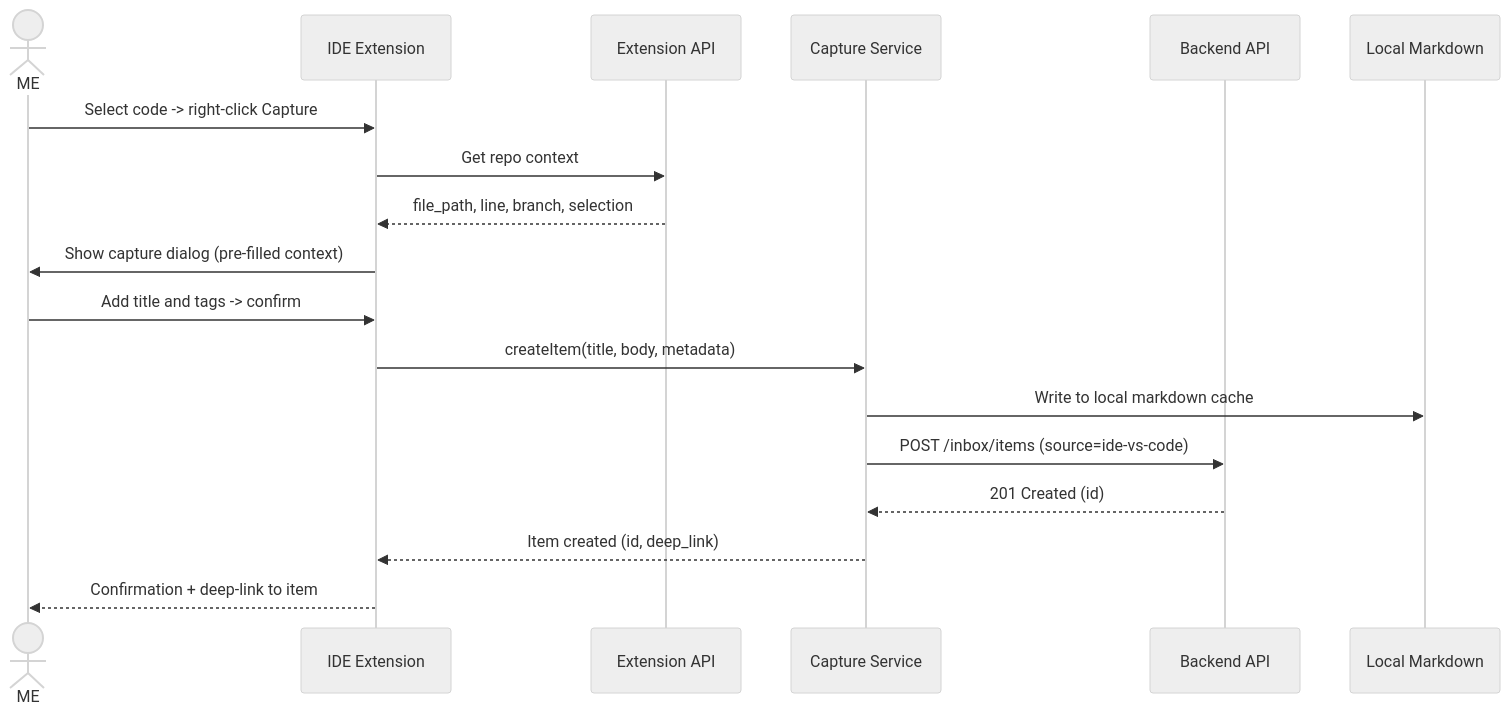
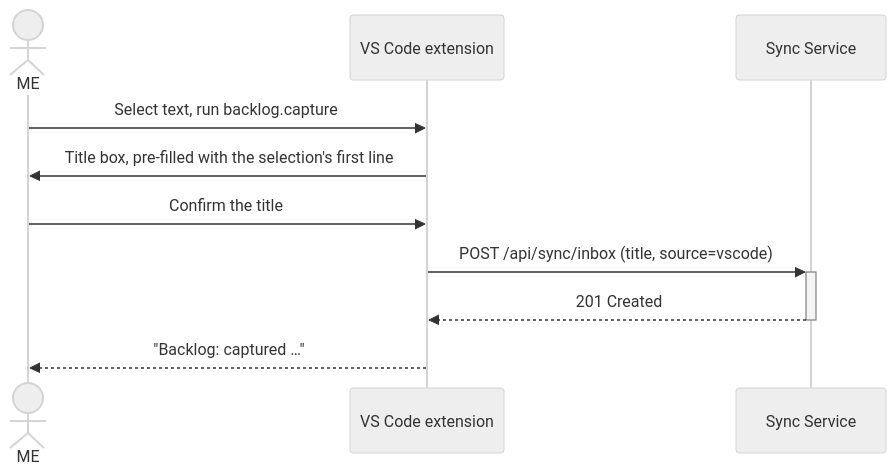
One commit to JSdotNet/Backlog changed the tenth of 14 diagrams in .devbook/arc42/06-runtime-view.md. Above: the diagram before and after it, drawn with Mermaid (neutral theme). The commit also changed other lines of this file and 131 other files, not shown here.

````diff
--- a/.devbook/arc42/06-runtime-view.md
+++ b/.devbook/arc42/06-runtime-view.md
@@ -461,21 +483,13 @@
 ```mermaid
 sequenceDiagram
     actor ME
-    participant IDE as IDE Extension
-    participant Ext as Extension API
-    participant Capture as Capture Service
-    participant API as Backend API
-    participant Store as Local Markdown
+    participant Ext as VS Code extension
+    participant Sync as Sync Service
 
-    ME->>IDE: Select code -> right-click Capture
-    IDE->>Ext: Get repo context
-    Ext-->>IDE: file_path, line, branch, selection
-    IDE->>ME: Show capture dialog (pre-filled context)
-    ME->>IDE: Add title and tags -> confirm
-    IDE->>Capture: createItem(title, body, metadata)
-    Capture->>Store: Write to local markdown cache
-    Capture->>API: POST /inbox/items (source=ide-vs-code)
-    API-->>Capture: 201 Created (id)
-    Capture-->>IDE: Item created (id, deep_link)
-    IDE-->>ME: Confirmation + deep-link to item
+    ME->>Ext: Select text, run backlog.capture
+    Ext->>ME: Title box, pre-filled with the selection's first line
+    ME->>Ext: Confirm the title
+    Ext->>+Sync: POST /api/sync/inbox (title, source=vscode)
+    Sync-->>-Ext: 201 Created
+    Ext-->>ME: "Backlog: captured …"
 ```
````
